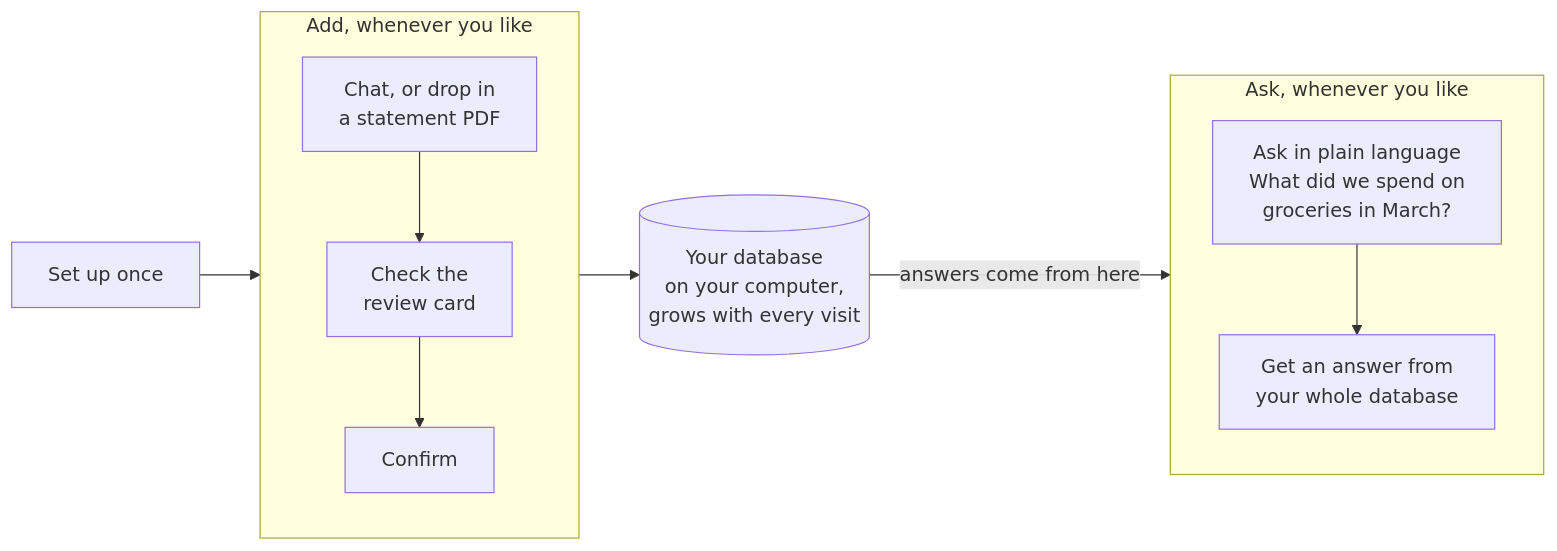
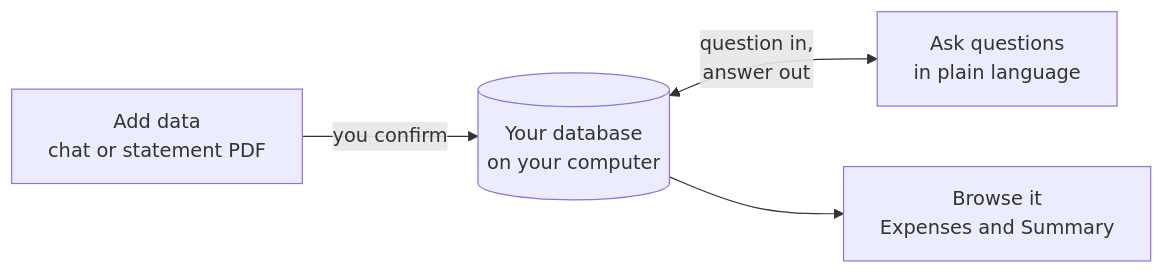
The first of 4 diagrams in README.md (SameerR007/haushaltsbuch), drawn with Mermaid before and after one commit. The commit also changed other lines of this file, not shown here.

First line of the commit message:
Lead the README with asking your database, and link the tour video.

````diff
--- a/README.md
+++ b/README.md
@@ -37,14 +42,6 @@
 ```mermaid
 flowchart LR
-    S["Set up once"] --> A1
-    subgraph ADD["Add, whenever you like"]
-        direction TB
-        A1["Chat, or drop in<br/>a statement PDF"] --> A2["Check the<br/>review card"] --> A3["Confirm"]
-    end
-    A3 --> H[("Your database<br/>on your computer,<br/>grows with every visit")]
-    subgraph ASK["Ask, whenever you like"]
-        direction TB
-        Q1["Ask in plain language<br/>What did we spend on<br/>groceries in March?"] --> Q2["Get an answer from<br/>your whole database"]
-    end
-    H -->|"answers come from here"| Q2
+    ADD["Add data<br/>chat or statement PDF"] -->|"you confirm"| DB[("Your database<br/>on your computer")]
+    DB <-->|"question in,<br/>answer out"| ASK["Ask questions<br/>in plain language"]
+    DB --> VIEW["Browse it<br/>Expenses and Summary"]
 ```
````
